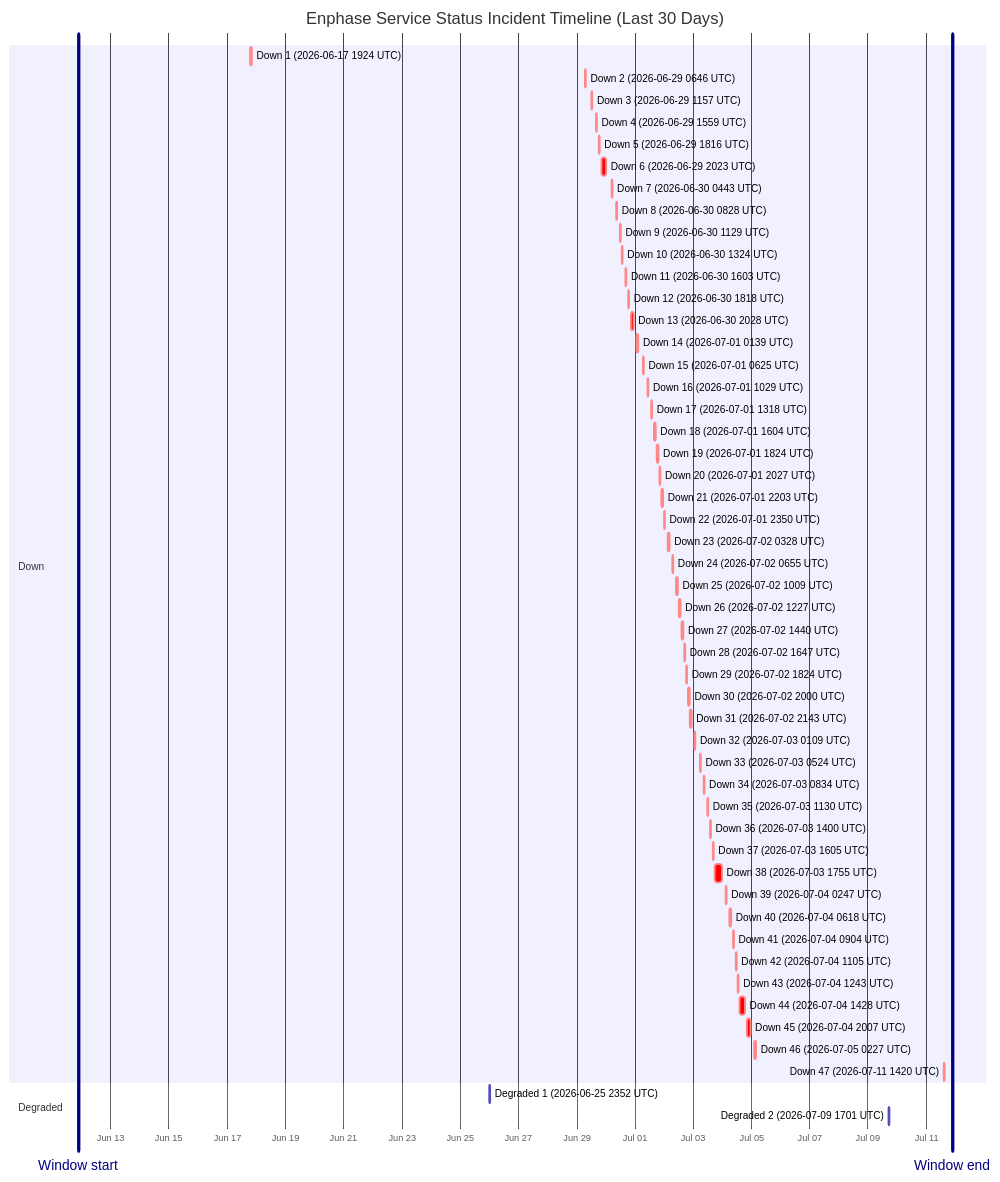
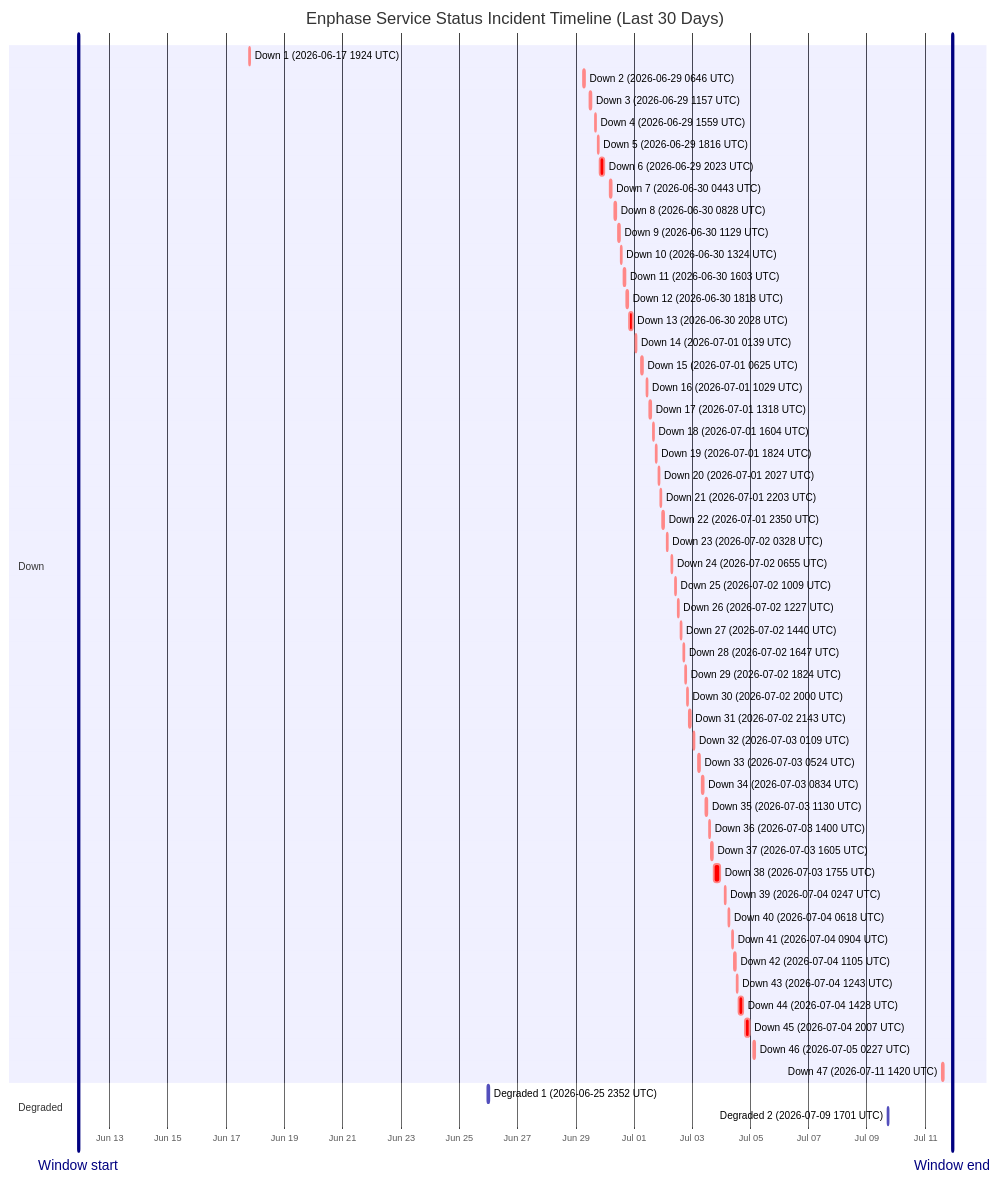
The diagram in wiki/Service-Status-History.md (barneyonline/ha-enphase-energy), drawn with Mermaid before and after one commit. The commit also changed other lines of this file and 3 other files, not shown here.

````diff
--- a/wiki/Service-Status-History.md
+++ b/wiki/Service-Status-History.md
@@ -14,59 +14,59 @@
 ```mermaid
 gantt
     title Enphase Service Status Incident Timeline (Last 30 Days)
     dateFormat  YYYY-MM-DDTHH:mm:ss
     axisFormat  %b %d
-    Window start :vert, window-start, 2026-06-11T21:21:51, 0ms
-    Window end :vert, window-end, 2026-07-11T21:21:51, 0ms
+    Window start :vert, window-start, 2026-06-11T22:20:55, 0ms
+    Window end :vert, window-end, 2026-07-11T22:20:55, 0ms
     section Down
     Down 1 (2026-06-17 1924 UTC) :crit, down-1, 2026-06-17T19:24:51, 60m
     Down 2 (2026-06-29 0646 UTC) :crit, down-2, 2026-06-29T06:46:18, 60m
     Down 3 (2026-06-29 1157 UTC) :crit, down-3, 2026-06-29T11:57:36, 60m
     Down 4 (2026-06-29 1559 UTC) :crit, down-4, 2026-06-29T15:59:02, 60m
     Down 5 (2026-06-29 1816 UTC) :crit, down-5, 2026-06-29T18:16:38, 60m
     Down 6 (2026-06-29 2023 UTC) :crit, down-6, 2026-06-29T20:23:16, 220m
     Down 7 (2026-06-30 0443 UTC) :crit, down-7, 2026-06-30T04:43:54, 60m
     Down 8 (2026-06-30 0828 UTC) :crit, down-8, 2026-06-30T08:28:43, 60m
     Down 9 (2026-06-30 1129 UTC) :crit, down-9, 2026-06-30T11:29:15, 60m
     Down 10 (2026-06-30 1324 UTC) :crit, down-10, 2026-06-30T13:24:25, 60m
     Down 11 (2026-06-30 1603 UTC) :crit, down-11, 2026-06-30T16:03:26, 60m
     Down 12 (2026-06-30 1818 UTC) :crit, down-12, 2026-06-30T18:18:39, 60m
     Down 13 (2026-06-30 2028 UTC) :crit, down-13, 2026-06-30T20:28:54, 171m
     Down 14 (2026-07-01 0139 UTC) :crit, down-14, 2026-07-01T01:39:18, 60m
     Down 15 (2026-07-01 0625 UTC) :crit, down-15, 2026-07-01T06:25:35, 60m
     Down 16 (2026-07-01 1029 UTC) :crit, down-16, 2026-07-01T10:29:24, 60m
     Down 17 (2026-07-01 1318 UTC) :crit, down-17, 2026-07-01T13:18:31, 60m
     Down 18 (2026-07-01 1604 UTC) :crit, down-18, 2026-07-01T16:04:29, 60m
     Down 19 (2026-07-01 1824 UTC) :crit, down-19, 2026-07-01T18:24:21, 60m
     Down 20 (2026-07-01 2027 UTC) :crit, down-20, 2026-07-01T20:27:17, 60m
     Down 21 (2026-07-01 2203 UTC) :crit, down-21, 2026-07-01T22:03:46, 60m
     Down 22 (2026-07-01 2350 UTC) :crit, down-22, 2026-07-01T23:50:52, 60m
     Down 23 (2026-07-02 0328 UTC) :crit, down-23, 2026-07-02T03:28:33, 60m
     Down 24 (2026-07-02 0655 UTC) :crit, down-24, 2026-07-02T06:55:07, 60m
     Down 25 (2026-07-02 1009 UTC) :crit, down-25, 2026-07-02T10:09:15, 60m
     Down 26 (2026-07-02 1227 UTC) :crit, down-26, 2026-07-02T12:27:49, 60m
     Down 27 (2026-07-02 1440 UTC) :crit, down-27, 2026-07-02T14:40:53, 60m
     Down 28 (2026-07-02 1647 UTC) :crit, down-28, 2026-07-02T16:47:47, 60m
     Down 29 (2026-07-02 1824 UTC) :crit, down-29, 2026-07-02T18:24:26, 60m
     Down 30 (2026-07-02 2000 UTC) :crit, down-30, 2026-07-02T20:00:57, 60m
     Down 31 (2026-07-02 2143 UTC) :crit, down-31, 2026-07-02T21:43:52, 80m
     Down 32 (2026-07-03 0109 UTC) :crit, down-32, 2026-07-03T01:09:19, 60m
     Down 33 (2026-07-03 0524 UTC) :crit, down-33, 2026-07-03T05:24:23, 60m
     Down 34 (2026-07-03 0834 UTC) :crit, down-34, 2026-07-03T08:34:05, 60m
     Down 35 (2026-07-03 1130 UTC) :crit, down-35, 2026-07-03T11:30:41, 60m
     Down 36 (2026-07-03 1400 UTC) :crit, down-36, 2026-07-03T14:00:48, 60m
     Down 37 (2026-07-03 1605 UTC) :crit, down-37, 2026-07-03T16:05:49, 60m
     Down 38 (2026-07-03 1755 UTC) :crit, down-38, 2026-07-03T17:55:54, 338m
     Down 39 (2026-07-04 0247 UTC) :crit, down-39, 2026-07-04T02:47:22, 60m
     Down 40 (2026-07-04 0618 UTC) :crit, down-40, 2026-07-04T06:18:09, 60m
     Down 41 (2026-07-04 0904 UTC) :crit, down-41, 2026-07-04T09:04:41, 60m
     Down 42 (2026-07-04 1105 UTC) :crit, down-42, 2026-07-04T11:05:21, 60m
     Down 43 (2026-07-04 1243 UTC) :crit, down-43, 2026-07-04T12:43:25, 60m
     Down 44 (2026-07-04 1428 UTC) :crit, down-44, 2026-07-04T14:28:07, 243m
     Down 45 (2026-07-04 2007 UTC) :crit, down-45, 2026-07-04T20:07:50, 206m
     Down 46 (2026-07-05 0227 UTC) :crit, down-46, 2026-07-05T02:27:32, 109m
     Down 47 (2026-07-11 1420 UTC) :crit, down-47, 2026-07-11T14:20:54, 69m
     section Degraded
     Degraded 1 (2026-06-25 2352 UTC) :active, degraded-1, 2026-06-25T23:52:01, 60m
     Degraded 2 (2026-07-09 1701 UTC) :active, degraded-2, 2026-07-09T17:01:02, 60m
 ```
````
